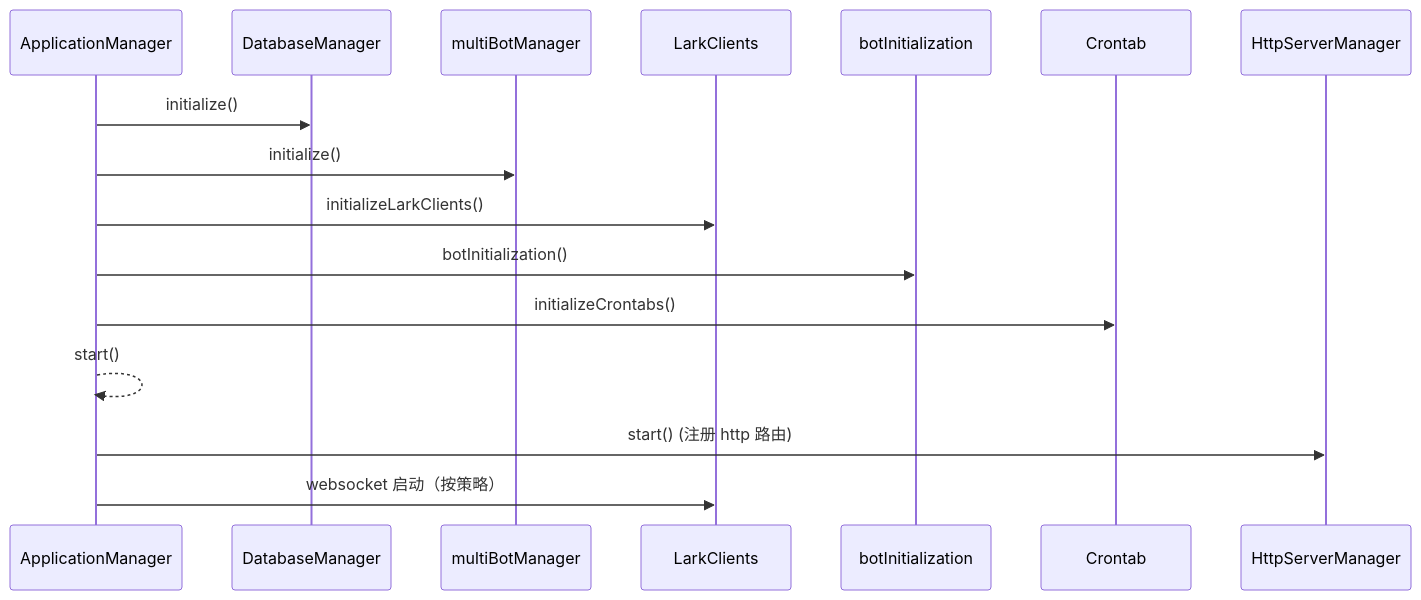
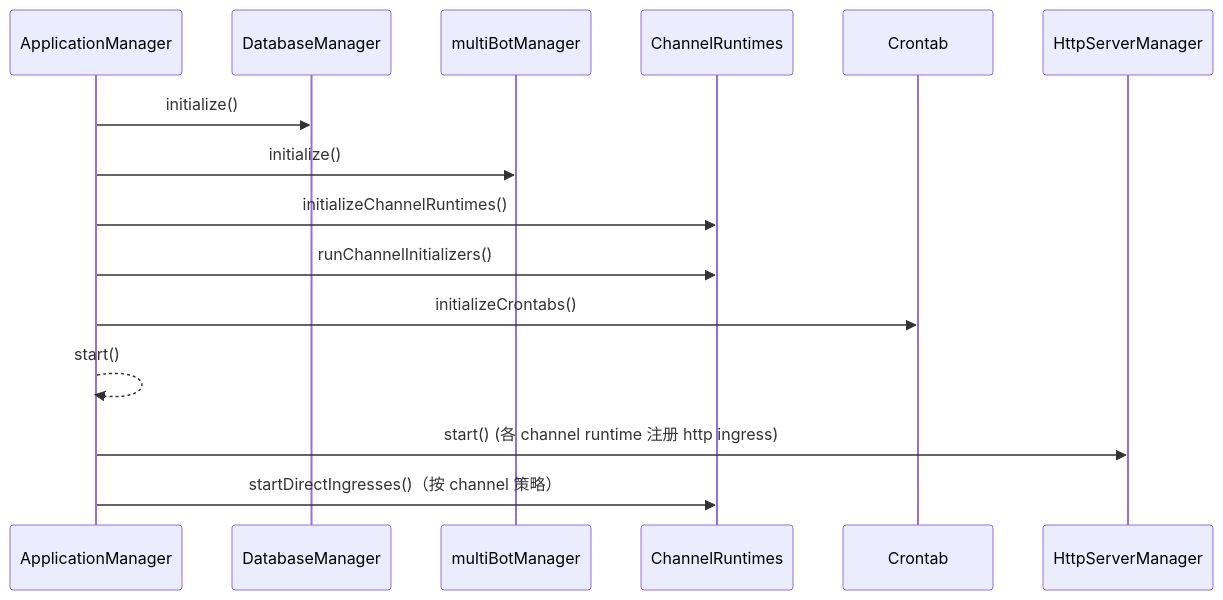
Before and after one commit to bezhai/chiwei-platform: the diagram in apps/channel-server/src/startup/README.md, drawn with Mermaid. The commit also changed other lines of this file and 114 other files, not shown here.

First line of the commit message:
refactor: pluginize channel proxy lark flow (#248)

````diff
--- a/apps/channel-server/src/startup/README.md
+++ b/apps/channel-server/src/startup/README.md
@@ -17,19 +17,18 @@
 ```mermaid
 sequenceDiagram
   participant App as ApplicationManager
   participant DB as DatabaseManager
   participant MBot as multiBotManager
-  participant Lark as LarkClients
-  participant BotInit as botInitialization
+  participant Runtime as ChannelRuntimes
   participant Cron as Crontab
   participant HTTP as HttpServerManager
 
   App->>DB: initialize()
   App->>MBot: initialize()
-  App->>Lark: initializeLarkClients()
-  App->>BotInit: botInitialization()
+  App->>Runtime: initializeChannelRuntimes()
+  App->>Runtime: runChannelInitializers()
   App->>Cron: initializeCrontabs()
   App-->>App: start()
-  App->>HTTP: start() (注册 http 路由)
-  App->>Lark: websocket 启动（按策略）
+  App->>HTTP: start() (各 channel runtime 注册 http ingress)
+  App->>Runtime: startDirectIngresses()（按 channel 策略）
 ```
````
